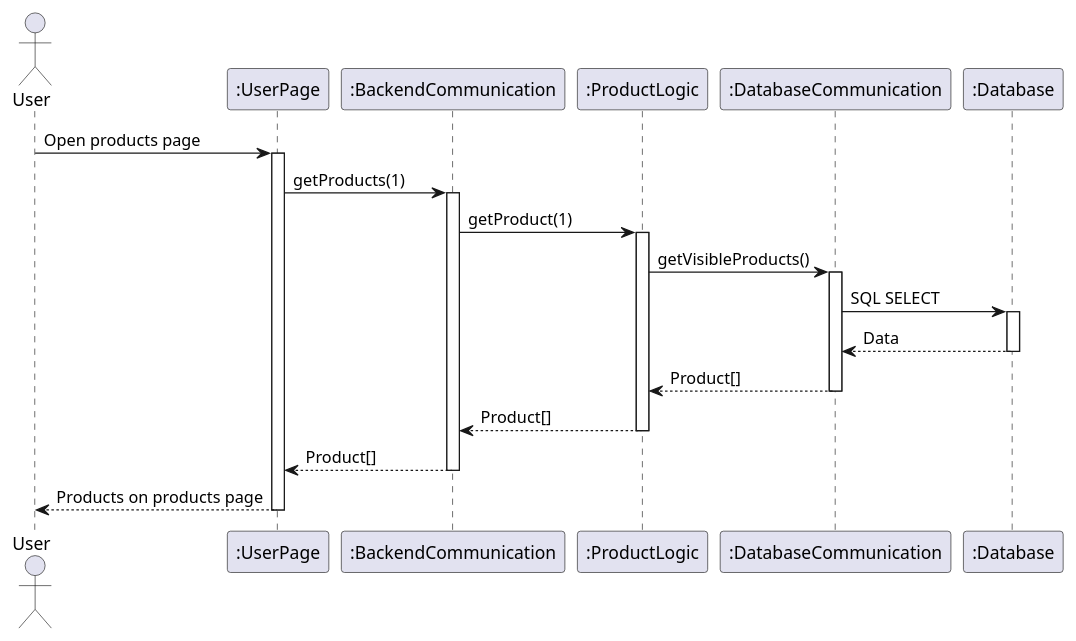
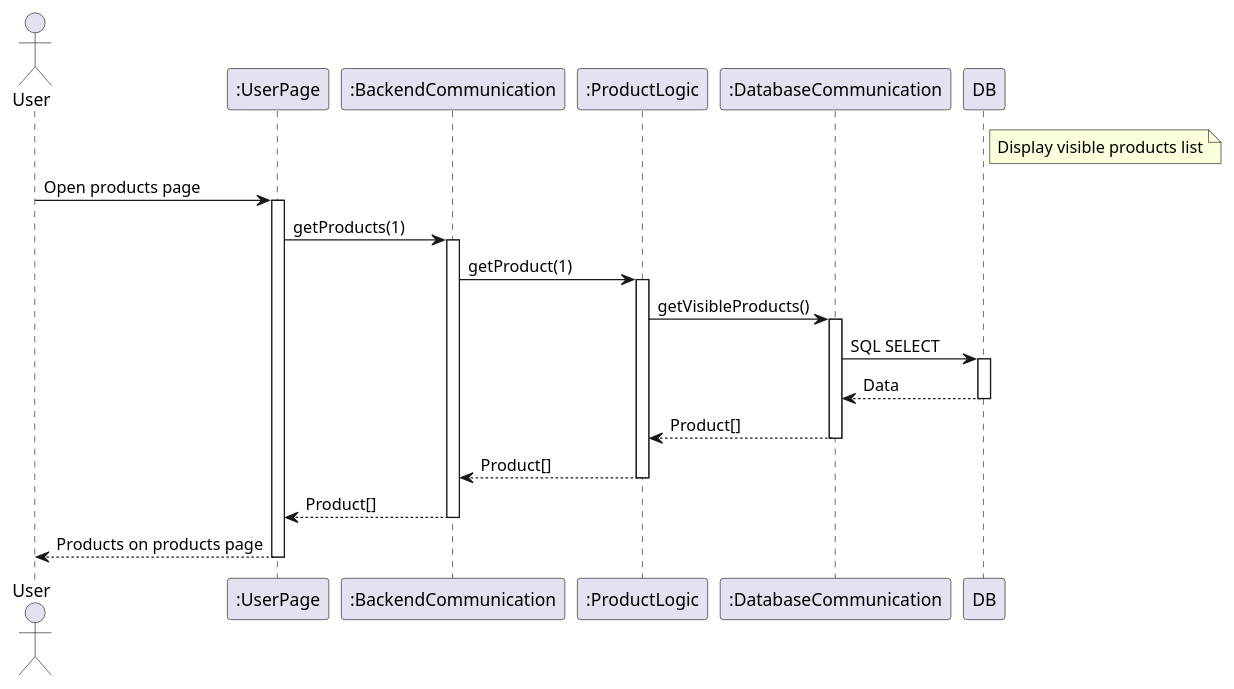
One commit to RadekBucki/OpinionCollectorArchitecture changed the diagram in WholeApplicationFlowDiagrams.md. Above: the diagram before and after it, drawn with PlantUML. The commit also changed other lines of this file, not shown here.

Commit message:
Add note

````diff
--- a/WholeApplicationFlowDiagrams.md
+++ b/WholeApplicationFlowDiagrams.md
@@ -2,28 +2,32 @@
 ```plantuml
 @startuml
+    note right of DB
+    Display visible products list
+    endnote
+    
     actor       User
     participant ":UserPage"              as UserFE
     participant ":BackendCommunication"  as BeComm
     participant ":ProductLogic"          as Product
     participant ":DatabaseCommunication" as DbComm
     participant ":Database"              as DB
     
     User    -> UserFE  : Open products page
     activate UserFE
     UserFE  -> BeComm  : getProducts(1)
     activate BeComm
     BeComm  -> Product : getProduct(1)
     activate Product
     Product -> DbComm  : getVisibleProducts()
     activate DbComm
     DbComm  -> DB      : SQL SELECT
     activate DB
     
     return Data
     return Product[]
     return Product[]
     return Product[]
     return Products on products page
     
 @enduml
 ```
````
